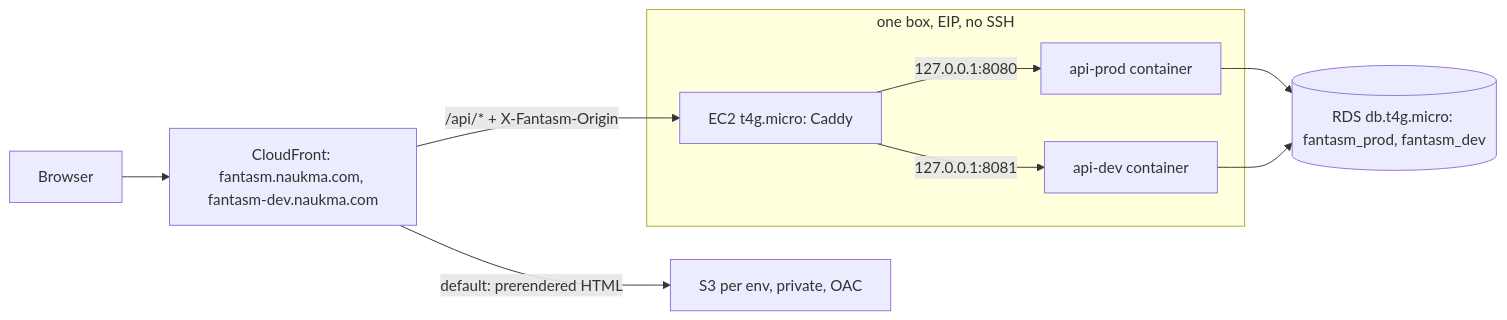
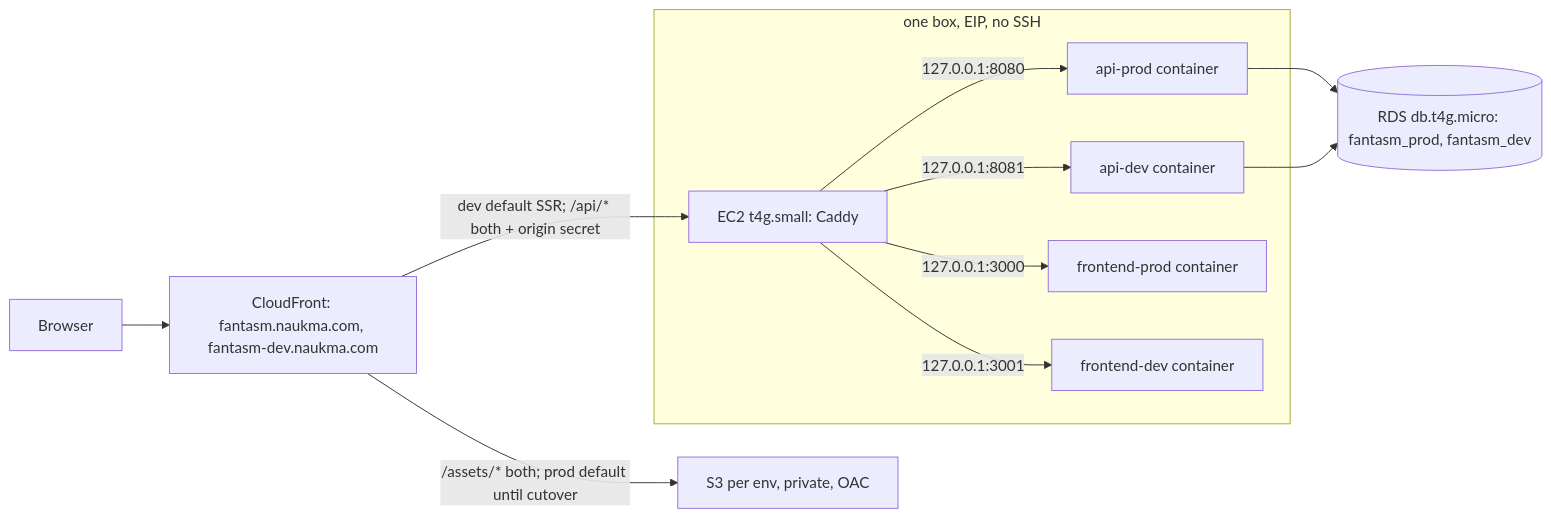
The diagram in infra/terraform/README.md (LitvinchukRoman/fantasm), drawn with Mermaid before and after one commit. The commit also changed other lines of this file and 51 other files, not shown here.

First line of the commit message:
feat(frontend): connect API and deploy SSR (#28)

````diff
--- a/infra/terraform/README.md
+++ b/infra/terraform/README.md
@@ -14,12 +14,14 @@
 ```mermaid
 flowchart LR
   user[Browser] --> cf["CloudFront: fantasm.naukma.com, fantasm-dev.naukma.com"]
-  cf -->|"default: prerendered HTML"| s3["S3 per env, private, OAC"]
-  cf -->|"/api/*  + X-Fantasm-Origin"| caddy["EC2 t4g.micro: Caddy"]
+  cf -->|"/assets/* both; prod default until cutover"| s3["S3 per env, private, OAC"]
+  cf -->|"dev default SSR; /api/* both + origin secret"| caddy["EC2 t4g.small: Caddy"]
   subgraph ec2 [one box, EIP, no SSH]
     caddy -->|"127.0.0.1:8080"| apiProd["api-prod container"]
     caddy -->|"127.0.0.1:8081"| apiDev["api-dev container"]
+    caddy -->|"127.0.0.1:3000"| feProd["frontend-prod container"]
+    caddy -->|"127.0.0.1:3001"| feDev["frontend-dev container"]
   end
   apiProd --> rds[("RDS db.t4g.micro: fantasm_prod, fantasm_dev")]
   apiDev --> rds
 ```
````
